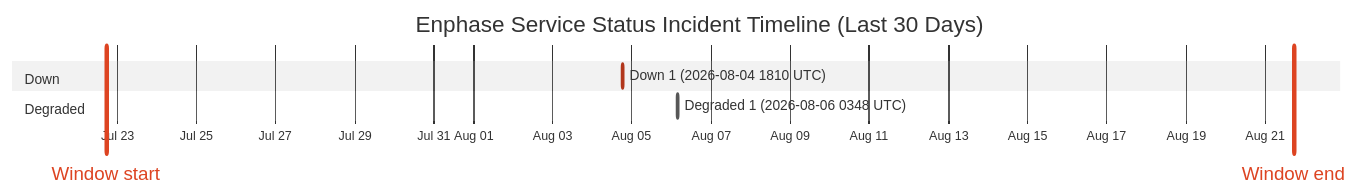
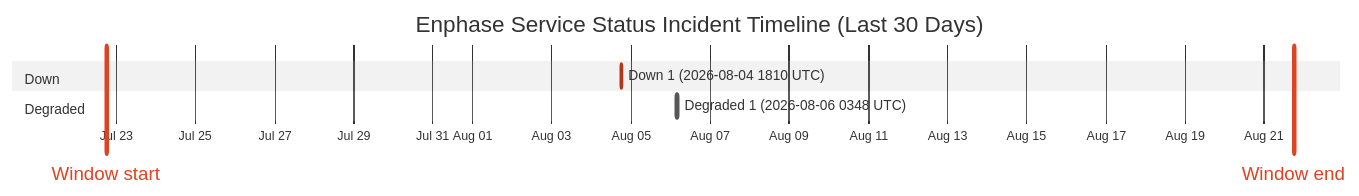
Before and after one commit to barneyonline/ha-enphase-energy: the diagram in wiki/Service-Status-History.md, drawn with Mermaid (neutral theme). The commit also changed other lines of this file and 3 other files, not shown here.

````diff
--- a/wiki/Service-Status-History.md
+++ b/wiki/Service-Status-History.md
@@ -14,12 +14,12 @@
 ```mermaid
 gantt
     title Enphase Service Status Incident Timeline (Last 30 Days)
     dateFormat  YYYY-MM-DDTHH:mm:ss
     axisFormat  %b %d
-    Window start :vert, window-start, 2026-07-22T17:26:14, 0ms
-    Window end :vert, window-end, 2026-08-21T17:26:14, 0ms
+    Window start :vert, window-start, 2026-07-22T17:56:32, 0ms
+    Window end :vert, window-end, 2026-08-21T17:56:32, 0ms
     section Down
     Down 1 (2026-08-04 1810 UTC) :crit, down-1, 2026-08-04T18:10:46, 60m
     section Degraded
     Degraded 1 (2026-08-06 0348 UTC) :active, degraded-1, 2026-08-06T03:48:14, 60m
 ```
````
